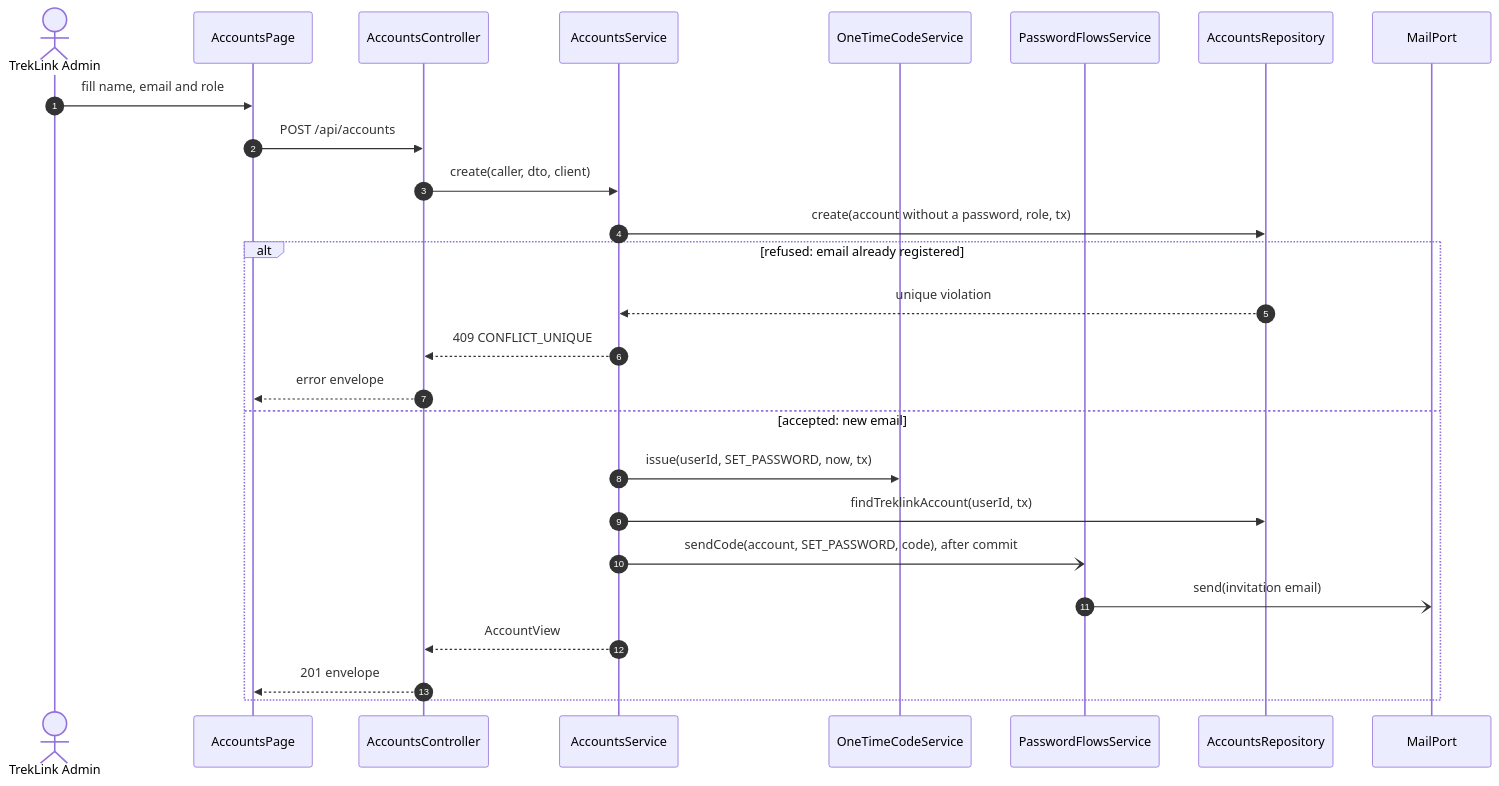
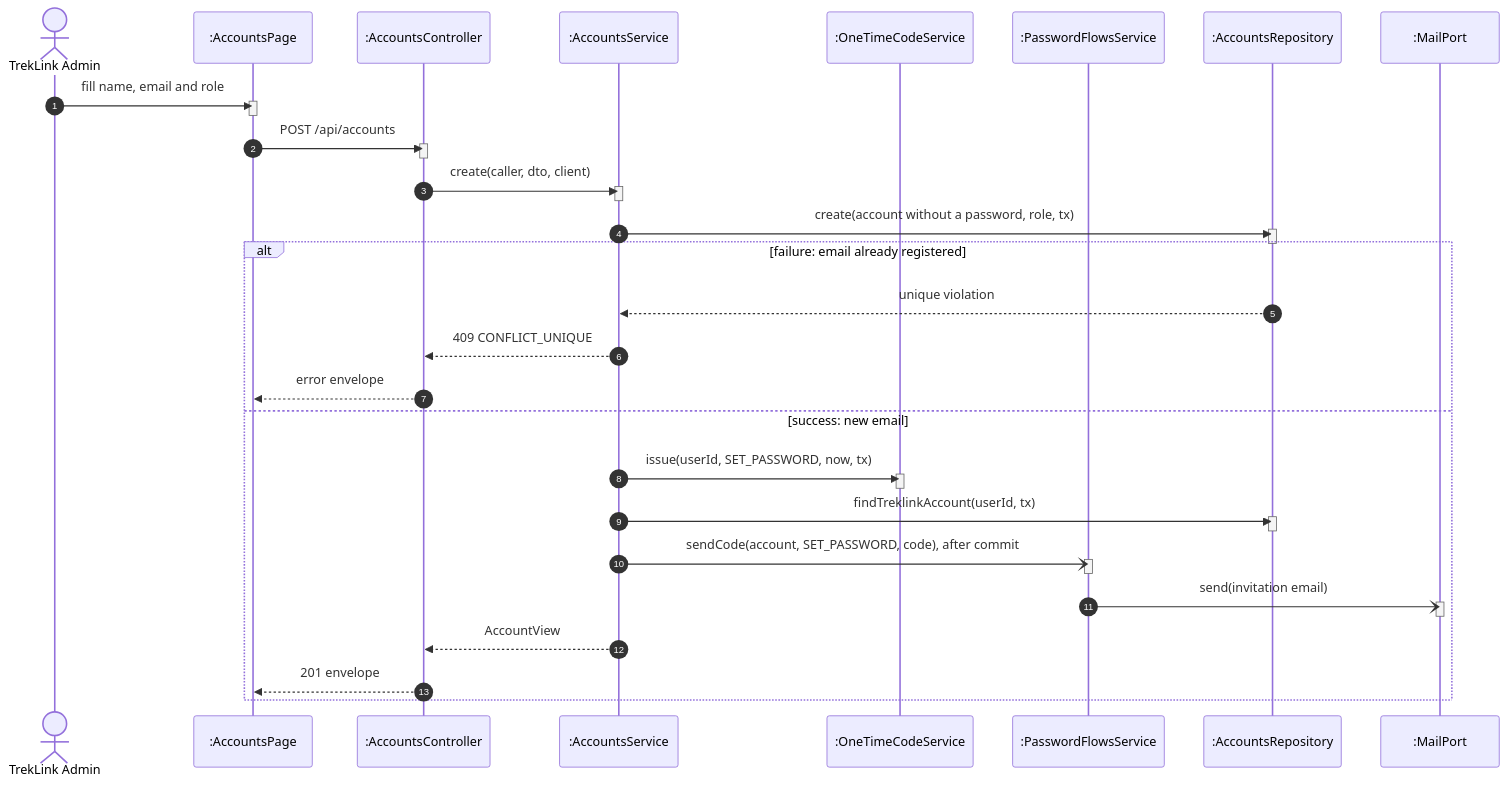
Before and after one commit to TrekLink-Team/treklink-web: diagram 11 of 12 in specs/auth/design.md, drawn with Mermaid. The commit also changed other lines of this file and 2 other files, not shown here.

First line of the commit message:
docs: one alt per sequence, code-true guards and per-use-case class panels (review of #113)

````diff
--- a/specs/auth/design.md
+++ b/specs/auth/design.md
@@ -406,28 +537,44 @@
 ```mermaid
 sequenceDiagram
     autonumber
     actor A as TrekLink Admin
-    participant P as AccountsPage
-    participant C as AccountsController
-    participant S as AccountsService
-    participant O as OneTimeCodeService
-    participant F as PasswordFlowsService
-    participant R as AccountsRepository
-    participant M as MailPort
+    participant P as :AccountsPage
+    participant C as :AccountsController
+    participant S as :AccountsService
+    participant O as :OneTimeCodeService
+    participant F as :PasswordFlowsService
+    participant R as :AccountsRepository
+    participant M as :MailPort
     A->>P: fill name, email and role
+    activate P
+    deactivate P
     P->>C: POST /api/accounts
+    activate C
+    deactivate C
     C->>S: create(caller, dto, client)
+    activate S
+    deactivate S
     S->>R: create(account without a password, role, tx)
-    alt refused: email already registered
+    activate R
+    deactivate R
+    alt failure: email already registered
         R-->>S: unique violation
         S-->>C: 409 CONFLICT_UNIQUE
         C-->>P: error envelope
-    else accepted: new email
+    else success: new email
         S->>O: issue(userId, SET_PASSWORD, now, tx)
+        activate O
+        deactivate O
         S->>R: findTreklinkAccount(userId, tx)
+        activate R
+        deactivate R
         S-)F: sendCode(account, SET_PASSWORD, code), after commit
+        activate F
+        deactivate F
         F-)M: send(invitation email)
+        activate M
+        deactivate M
         S-->>C: AccountView
         C-->>P: 201 envelope
     end
 ```
````
